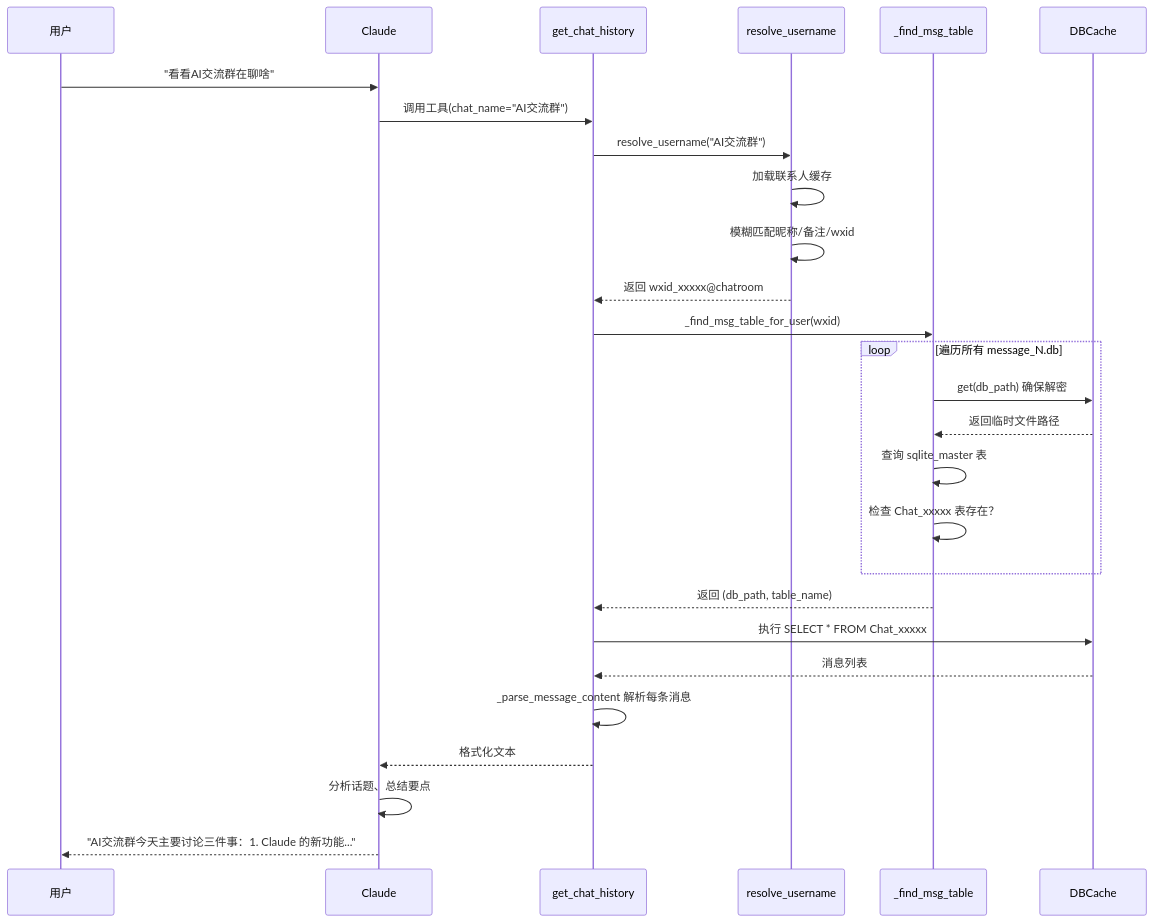
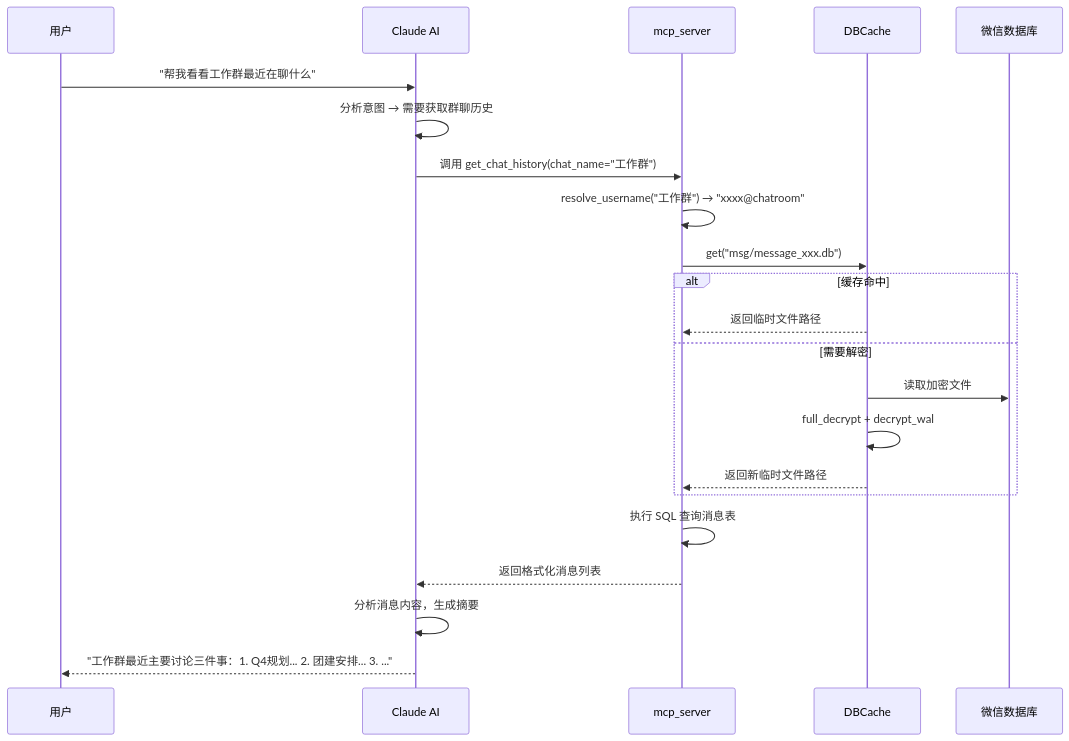
Before and after one commit to nerdneilsfield/code-wiki-pages: the sixth of 8 diagrams in public/wechat-decrypt/guide-beginners-guide-ai-integration.md, drawn with Mermaid. The commit also changed other lines of this file and 30 other files, not shown here.

````diff
--- a/public/wechat-decrypt/guide-beginners-guide-ai-integration.md
+++ b/public/wechat-decrypt/guide-beginners-guide-ai-integration.md
@@ -270,34 +218,33 @@
 ```mermaid
 sequenceDiagram
-    participant U as 用户
-    participant C as Claude
-    participant T as get_chat_history
-    participant R as resolve_username
-    participant F as _find_msg_table
-    participant D as DBCache
+    participant User as 用户
+    participant Claude as Claude AI
+    participant MCP as mcp_server
+    participant Cache as DBCache
+    participant DB as 微信数据库
     
-    U->>C: "看看AI交流群在聊啥"
-    C->>T: 调用工具(chat_name="AI交流群")
+    User->>Claude: "帮我看看工作群最近在聊什么"
     
-    T->>R: resolve_username("AI交流群")
-    R->>R: 加载联系人缓存
-    R->>R: 模糊匹配昵称/备注/wxid
-    R-->>T: 返回 wxid_xxxxx@chatroom
+    Claude->>Claude: 分析意图 → 需要获取群聊历史
     
-    T->>F: _find_msg_table_for_user(wxid)
-    loop 遍历所有 message_N.db
-        F->>D: get(db_path) 确保解密
-        D-->>F: 返回临时文件路径
-        F->>F: 查询 sqlite_master 表
-        F->>F: 检查 Chat_xxxxx 表存在？
+    Claude->>MCP: 调用 get_chat_history(chat_name="工作群")
+    
+    MCP->>MCP: resolve_username("工作群") → "xxxx@chatroom"
+    
+    MCP->>Cache: get("msg/message_xxx.db")
+    alt 缓存命中
+        Cache-->>MCP: 返回临时文件路径
+    else 需要解密
+        Cache->>DB: 读取加密文件
+        Cache->>Cache: full_decrypt + decrypt_wal
+        Cache-->>MCP: 返回新临时文件路径
     end
-    F-->>T: 返回 (db_path, table_name)
     
-    T->>D: 执行 SELECT * FROM Chat_xxxxx
-    D-->>T: 消息列表
+    MCP->>MCP: 执行 SQL 查询消息表
     
-    T->>T: _parse_message_content 解析每条消息
-    T-->>C: 格式化文本
-    C->>C: 分析话题、总结要点
-    C-->>U: "AI交流群今天主要讨论三件事：1. Claude 的新功能..."
+    MCP-->>Claude: 返回格式化消息列表
+    
+    Claude->>Claude: 分析消息内容，生成摘要
+    
+    Claude-->>User: "工作群最近主要讨论三件事：1. Q4规划... 2. 团建安排... 3. ..."
 ```
````
